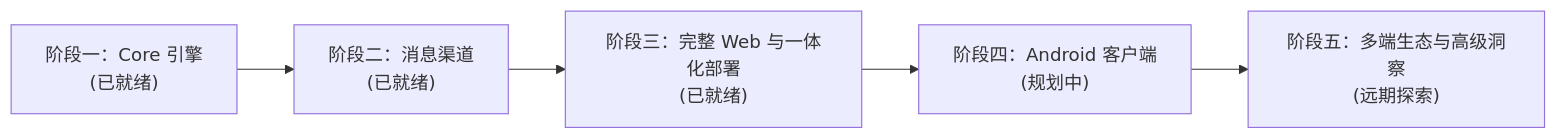
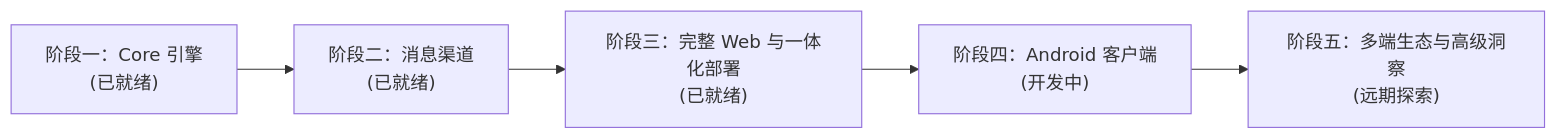
The diagram in docs/ROADMAP.md (Fermin214/Moerise), drawn with Mermaid before and after one commit. The commit also changed other lines of this file and 102 other files, not shown here.

````diff
--- a/docs/ROADMAP.md
+++ b/docs/ROADMAP.md
@@ -9,7 +9,7 @@
 ```mermaid
 flowchart LR
     Stage1["阶段一：Core 引擎<br/>(已就绪)"] --> Stage2["阶段二：消息渠道<br/>(已就绪)"]
     Stage2 --> Stage3["阶段三：完整 Web 与一体化部署<br/>(已就绪)"]
-    Stage3 --> Stage4["阶段四：Android 客户端<br/>(规划中)"]
+    Stage3 --> Stage4["阶段四：Android 客户端<br/>(开发中)"]
     Stage4 --> Stage5["阶段五：多端生态与高级洞察<br/>(远期探索)"]
 ```
````
